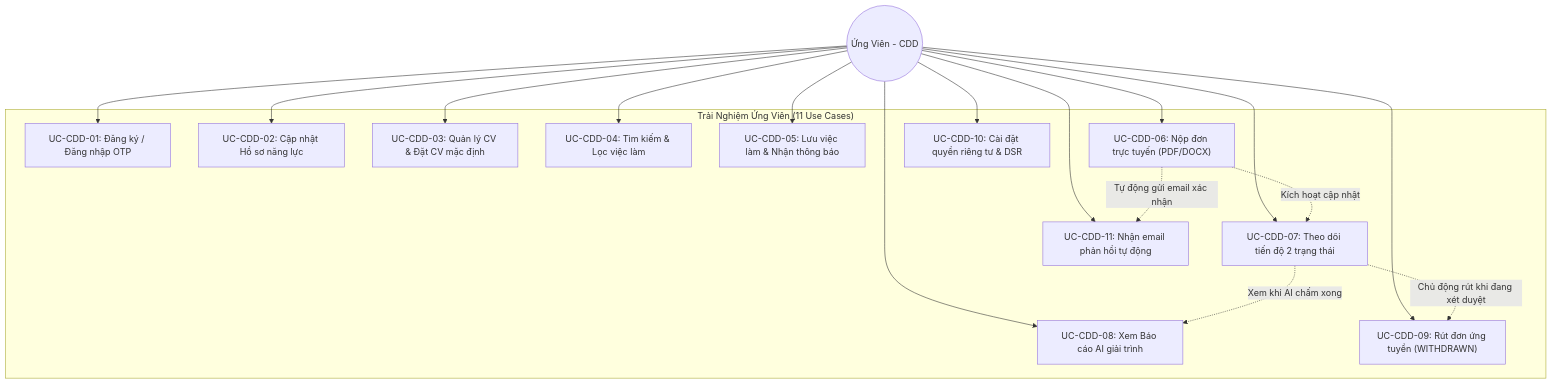
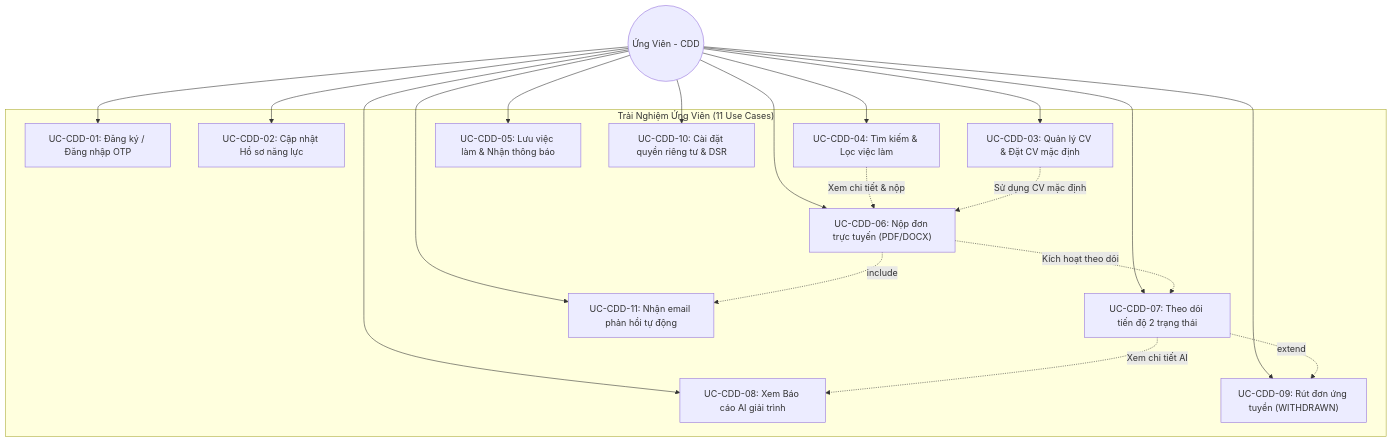
One commit to NguyenThanhTin235/aws-ai-cv-screening changed the first of 3 diagrams in docs/software/02-use-cases.md. Above: the diagram before and after it, drawn with Mermaid. The commit also changed other lines of this file, not shown here.

````diff
--- a/docs/software/02-use-cases.md
+++ b/docs/software/02-use-cases.md
@@ -81,35 +88,37 @@
 ```mermaid
 graph TB
     Candidate((Ứng Viên - CDD))
 
     subgraph CDD_Group["Trải Nghiệm Ứng Viên (11 Use Cases)"]
         UC01["UC-CDD-01: Đăng ký / Đăng nhập OTP"]
         UC02["UC-CDD-02: Cập nhật Hồ sơ năng lực"]
         UC03["UC-CDD-03: Quản lý CV & Đặt CV mặc định"]
         UC04["UC-CDD-04: Tìm kiếm & Lọc việc làm"]
         UC05["UC-CDD-05: Lưu việc làm & Nhận thông báo"]
         UC06["UC-CDD-06: Nộp đơn trực tuyến (PDF/DOCX)"]
         UC07["UC-CDD-07: Theo dõi tiến độ 2 trạng thái"]
         UC08["UC-CDD-08: Xem Báo cáo AI giải trình"]
         UC09["UC-CDD-09: Rút đơn ứng tuyển (WITHDRAWN)"]
         UC10["UC-CDD-10: Cài đặt quyền riêng tư & DSR"]
         UC11["UC-CDD-11: Nhận email phản hồi tự động"]
     end
 
     Candidate --> UC01
     Candidate --> UC02
     Candidate --> UC03
     Candidate --> UC04
     Candidate --> UC05
     Candidate --> UC06
     Candidate --> UC07
     Candidate --> UC08
     Candidate --> UC09
     Candidate --> UC10
     Candidate --> UC11
 
-    UC06 -.->|Kích hoạt cập nhật| UC07
-    UC07 -.->|Xem khi AI chấm xong| UC08
-    UC07 -.->|Chủ động rút khi đang xét duyệt| UC09
-    UC06 -.->|Tự động gửi email xác nhận| UC11
+    UC04 -.->|Xem chi tiết & nộp| UC06
+    UC03 -.->|Sử dụng CV mặc định| UC06
+    UC06 -.->|Kích hoạt theo dõi| UC07
+    UC07 -.->|Xem chi tiết AI| UC08
+    UC07 -.->|extend| UC09
+    UC06 -.->|include| UC11
 ```
````
